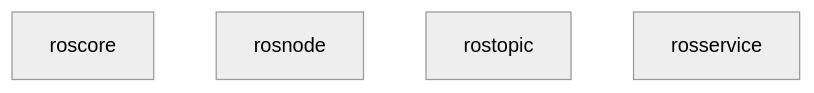
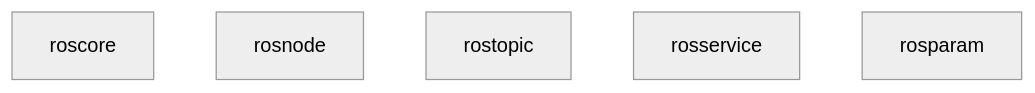
Before and after one commit to JeremyLebon/tutorial-turtlesim: the first of 4 diagrams in docs/ros-components/README.md, drawn with Mermaid (neutral theme). The commit also changed other lines of this file and 10 other files, not shown here.

````diff
--- a/docs/ros-components/README.md
+++ b/docs/ros-components/README.md
@@ -11,7 +28,8 @@
 ```mermaid
 graph TD
     roscore
     rosnode
     rostopic
     rosservice
+    rosparam
 ```
````
